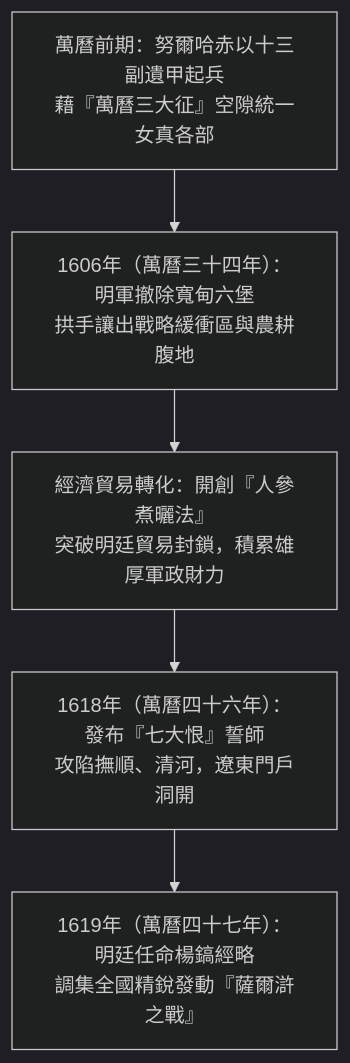
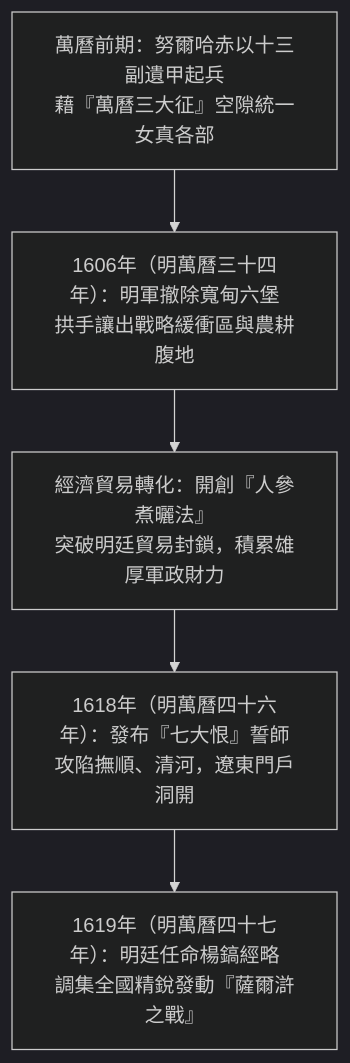
One commit to harvey0623/history_research changed the first of 3 diagrams in 明朝/事件/萬曆時期/薩爾滸之戰.md. Above: the diagram before and after it, drawn with Mermaid (dark theme). The commit also changed other lines of this file and 3 other files, not shown here.

````diff
--- a/明朝/事件/萬曆時期/薩爾滸之戰.md
+++ b/明朝/事件/萬曆時期/薩爾滸之戰.md
@@ -7,7 +7,7 @@
 ```mermaid
 flowchart TD
-    A["萬曆前期：努爾哈赤以十三副遺甲起兵<br>藉『萬曆三大征』空隙統一女真各部"] --> B["1606年（萬曆三十四年）：明軍撤除寬甸六堡<br>拱手讓出戰略緩衝區與農耕腹地"]
+    A["萬曆前期：努爾哈赤以十三副遺甲起兵<br>藉『萬曆三大征』空隙統一女真各部"] --> B["1606年（明萬曆三十四年）：明軍撤除寬甸六堡<br>拱手讓出戰略緩衝區與農耕腹地"]
     B --> C["經濟貿易轉化：開創『人參煮曬法』<br>突破明廷貿易封鎖，積累雄厚軍政財力"]
-    C --> D["1618年（萬曆四十六年）：發布『七大恨』誓師<br>攻陷撫順、清河，遼東門戶洞開"]
-    D --> E["1619年（萬曆四十七年）：明廷任命楊鎬經略<br>調集全國精銳發動『薩爾滸之戰』"]
+    C --> D["1618年（明萬曆四十六年）：發布『七大恨』誓師<br>攻陷撫順、清河，遼東門戶洞開"]
+    D --> E["1619年（明萬曆四十七年）：明廷任命楊鎬經略<br>調集全國精銳發動『薩爾滸之戰』"]
 ```
````
